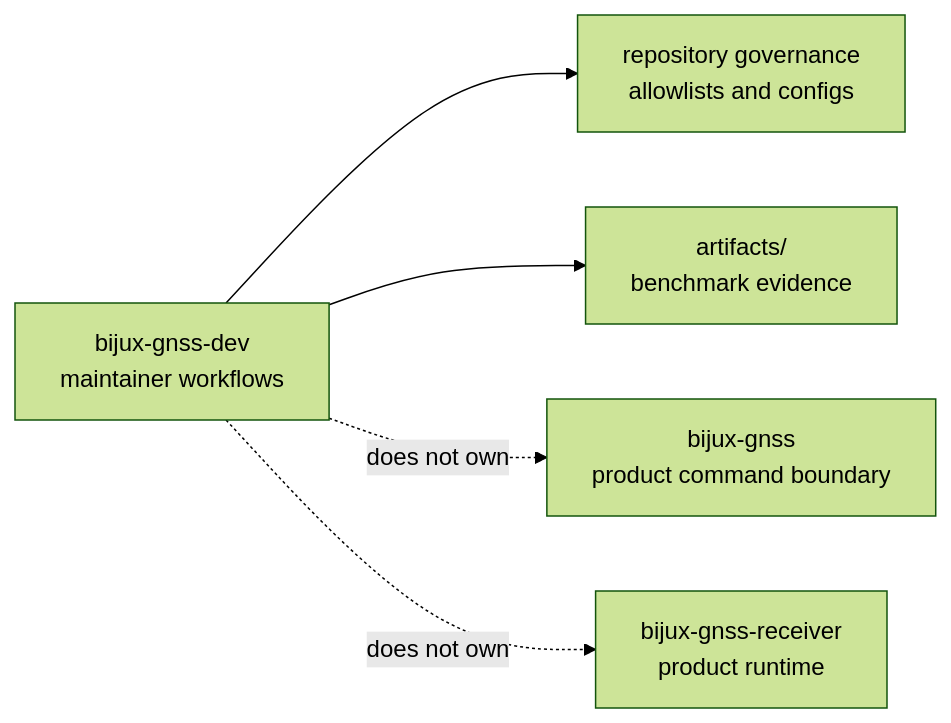
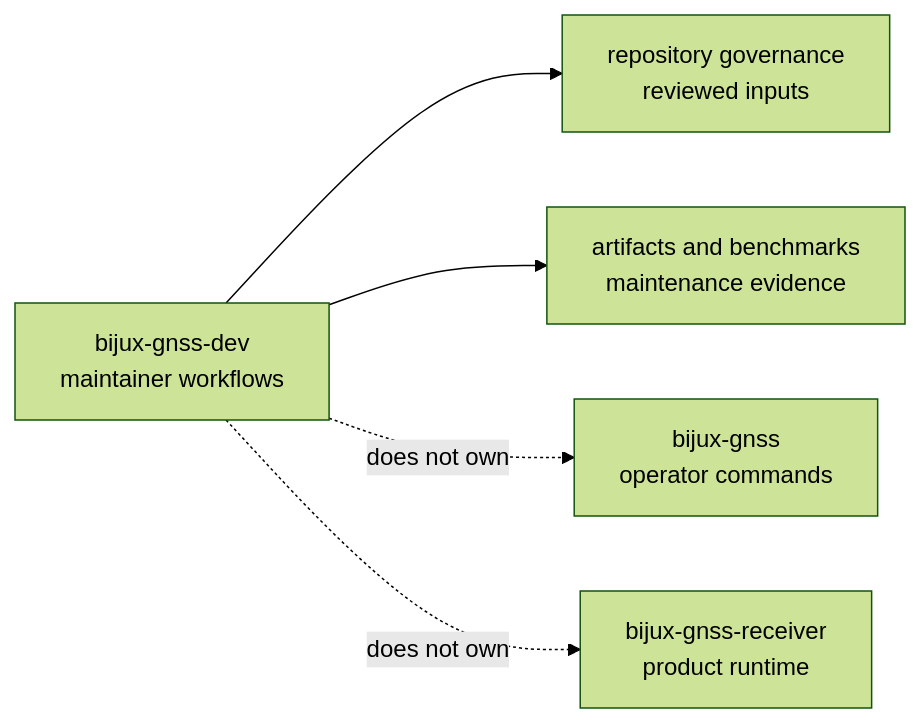
Before and after one commit to bijux/bijux-telecom: the diagram in docs/07-bijux-gnss-dev/index.md, drawn with Mermaid (forest theme). The commit also changed other lines of this file and 13 other files, not shown here.

````diff
--- a/docs/07-bijux-gnss-dev/index.md
+++ b/docs/07-bijux-gnss-dev/index.md
@@ -22,13 +23,13 @@
 ```mermaid
 flowchart LR
     dev["bijux-gnss-dev<br/>maintainer workflows"]
-    repo["repository governance<br/>allowlists and configs"]
-    artifacts["artifacts/<br/>benchmark evidence"]
-    gnss["bijux-gnss<br/>product command boundary"]
+    repo["repository governance<br/>reviewed inputs"]
+    artifacts["artifacts and benchmarks<br/>maintenance evidence"]
+    gnss["bijux-gnss<br/>operator commands"]
     receiver["bijux-gnss-receiver<br/>product runtime"]
 
     dev --> repo
     dev --> artifacts
     dev -. does not own .-> gnss
     dev -. does not own .-> receiver
 ```
````
